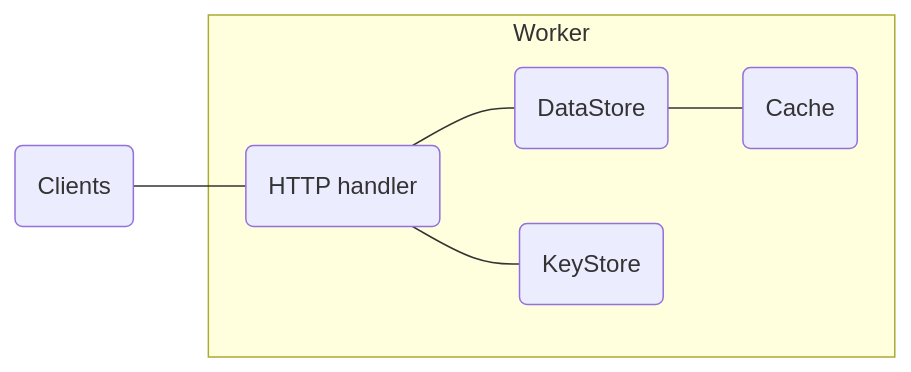
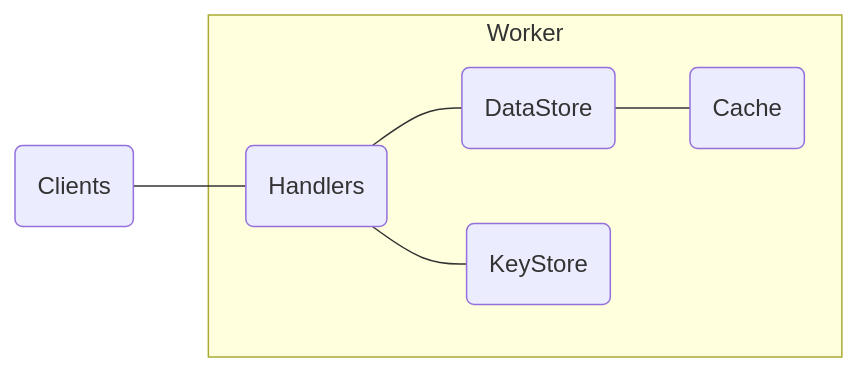
Before and after one commit to janus-auth/design: the diagram in docs/30_architecture/10_auth-service.md, drawn with Mermaid. The commit also changed other lines of this file and 2 other files, not shown here.

Commit message:
chore: minor typo

````diff
--- a/docs/30_architecture/10_auth-service.md
+++ b/docs/30_architecture/10_auth-service.md
@@ -5,15 +5,15 @@
 ```mermaid
 flowchart LR
     subgraph "Worker"
         id1 --- id2 --- id3
         id1 --- id4
     end
     id5 --- id1
 
 
-    id1(HTTP handler)
+    id1(Handlers)
     id2(DataStore)
     id3(Cache)
     id4(KeyStore)
     id5(Clients)
 ```
````
